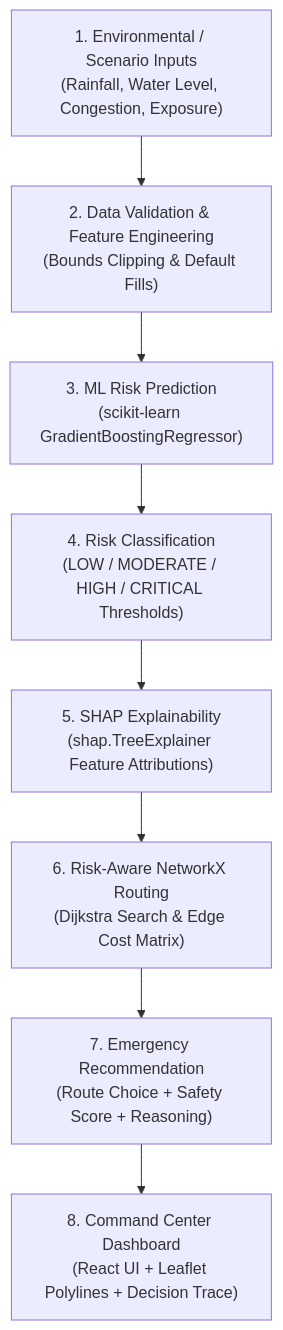
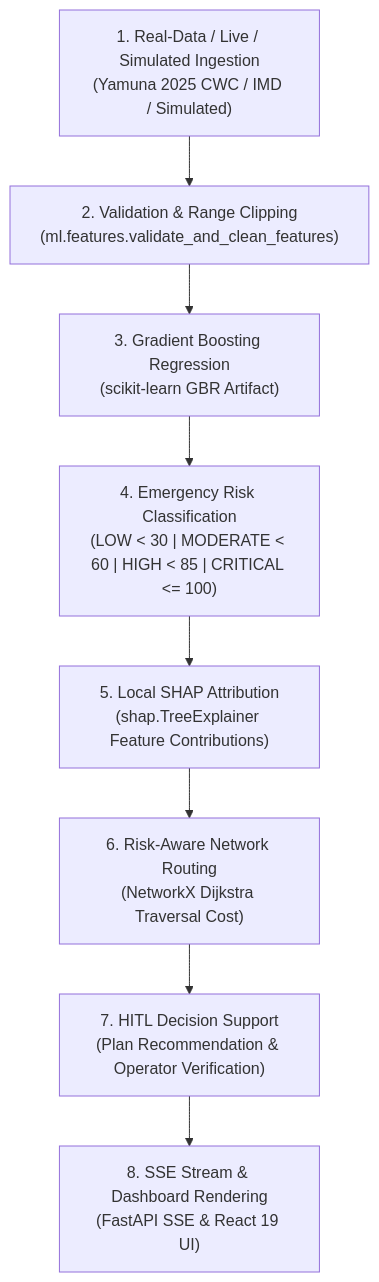
One commit to DevByPawan/AapdaNetra-X changed the second of 3 diagrams in docs/ARCHITECTURE.md. Above: the diagram before and after it, drawn with Mermaid. The commit also changed other lines of this file and 79 other files, not shown here.

````diff
--- a/docs/ARCHITECTURE.md
+++ b/docs/ARCHITECTURE.md
@@ -77,10 +84,10 @@
 ```mermaid
 graph TD
-    A["1. Environmental / Scenario Inputs<br/>(Rainfall, Water Level, Congestion, Exposure)"] --> B["2. Data Validation & Feature Engineering<br/>(Bounds Clipping & Default Fills)"]
-    B --> C["3. ML Risk Prediction<br/>(scikit-learn GradientBoostingRegressor)"]
-    C --> D["4. Risk Classification<br/>(LOW / MODERATE / HIGH / CRITICAL Thresholds)"]
-    D --> E["5. SHAP Explainability<br/>(shap.TreeExplainer Feature Attributions)"]
-    E --> F["6. Risk-Aware NetworkX Routing<br/>(Dijkstra Search & Edge Cost Matrix)"]
-    F --> G["7. Emergency Recommendation<br/>(Route Choice + Safety Score + Reasoning)"]
-    G --> H["8. Command Center Dashboard<br/>(React UI + Leaflet Polylines + Decision Trace)"]
+    A["1. Real-Data / Live / Simulated Ingestion<br/>(Yamuna 2025 CWC / IMD / Simulated)"] --> B["2. Validation & Range Clipping<br/>(ml.features.validate_and_clean_features)"]
+    B --> C["3. Gradient Boosting Regression<br/>(scikit-learn GBR Artifact)"]
+    C --> D["4. Emergency Risk Classification<br/>(LOW < 30 | MODERATE < 60 | HIGH < 85 | CRITICAL <= 100)"]
+    D --> E["5. Local SHAP Attribution<br/>(shap.TreeExplainer Feature Contributions)"]
+    E --> F["6. Risk-Aware Network Routing<br/>(NetworkX Dijkstra Traversal Cost)"]
+    F --> G["7. HITL Decision Support<br/>(Plan Recommendation & Operator Verification)"]
+    G --> H["8. SSE Stream & Dashboard Rendering<br/>(FastAPI SSE & React 19 UI)"]
 ```
````
